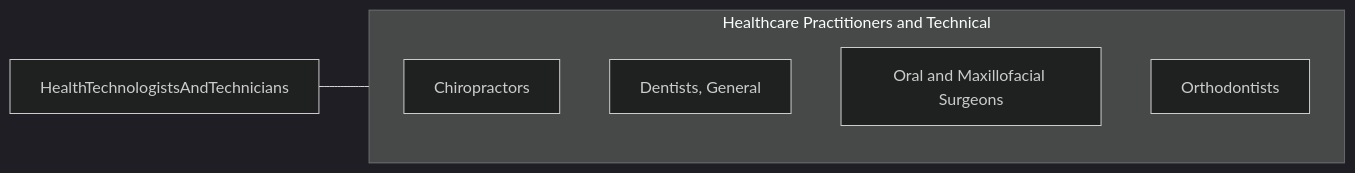
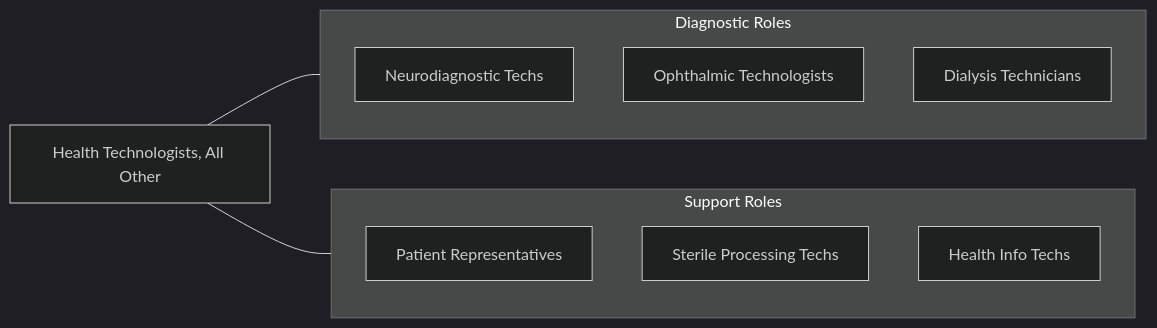
One commit to kziemski/business.org.ai changed the second of 2 diagrams in occupations/HealthcarePractitioners/HealthTechnologistsAndTechnicians.mdx. Above: the diagram before and after it, drawn with Mermaid (dark theme). The commit also changed other lines of this file and 938 other files, not shown here.

````diff
--- a/occupations/HealthcarePractitioners/HealthTechnologistsAndTechnicians.mdx
+++ b/occupations/HealthcarePractitioners/HealthTechnologistsAndTechnicians.mdx
@@ -139,13 +54,19 @@
 ```mermaid
 graph LR
-    Current["HealthTechnologistsAndTechnicians"]
+    Current["Health Technologists, All Other"]
 
-    subgraph SameCategory["Healthcare Practitioners and Technical"]
-        Chiropractors["Chiropractors"]
-        DentistsGeneral["Dentists, General"]
-        OralAndMaxillofacial["Oral and Maxillofacial Surgeons"]
-        Orthodontists["Orthodontists"]
+    subgraph Diagnostic["Diagnostic Roles"]
+        NDTs["Neurodiagnostic Techs"]
+        OphthTechs["Ophthalmic Technologists"]
+        DialysisTechs["Dialysis Technicians"]
     end
 
-    Current --- SameCategory
+    subgraph Support["Support Roles"]
+        PatientReps["Patient Representatives"]
+        SterileProc["Sterile Processing Techs"]
+        HealthInfoTechs["Health Info Techs"]
+    end
+
+    Current --- Diagnostic
+    Current --- Support
 ```
````
